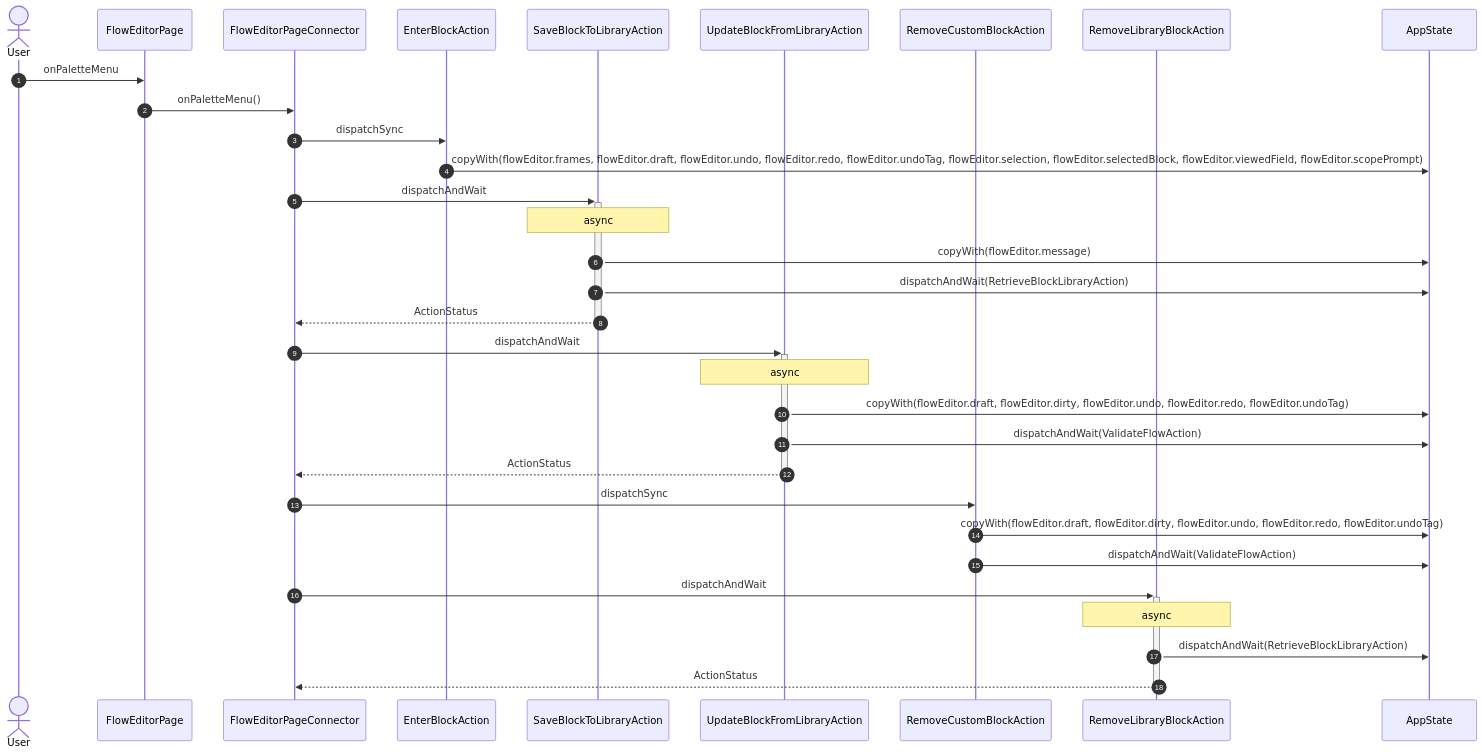
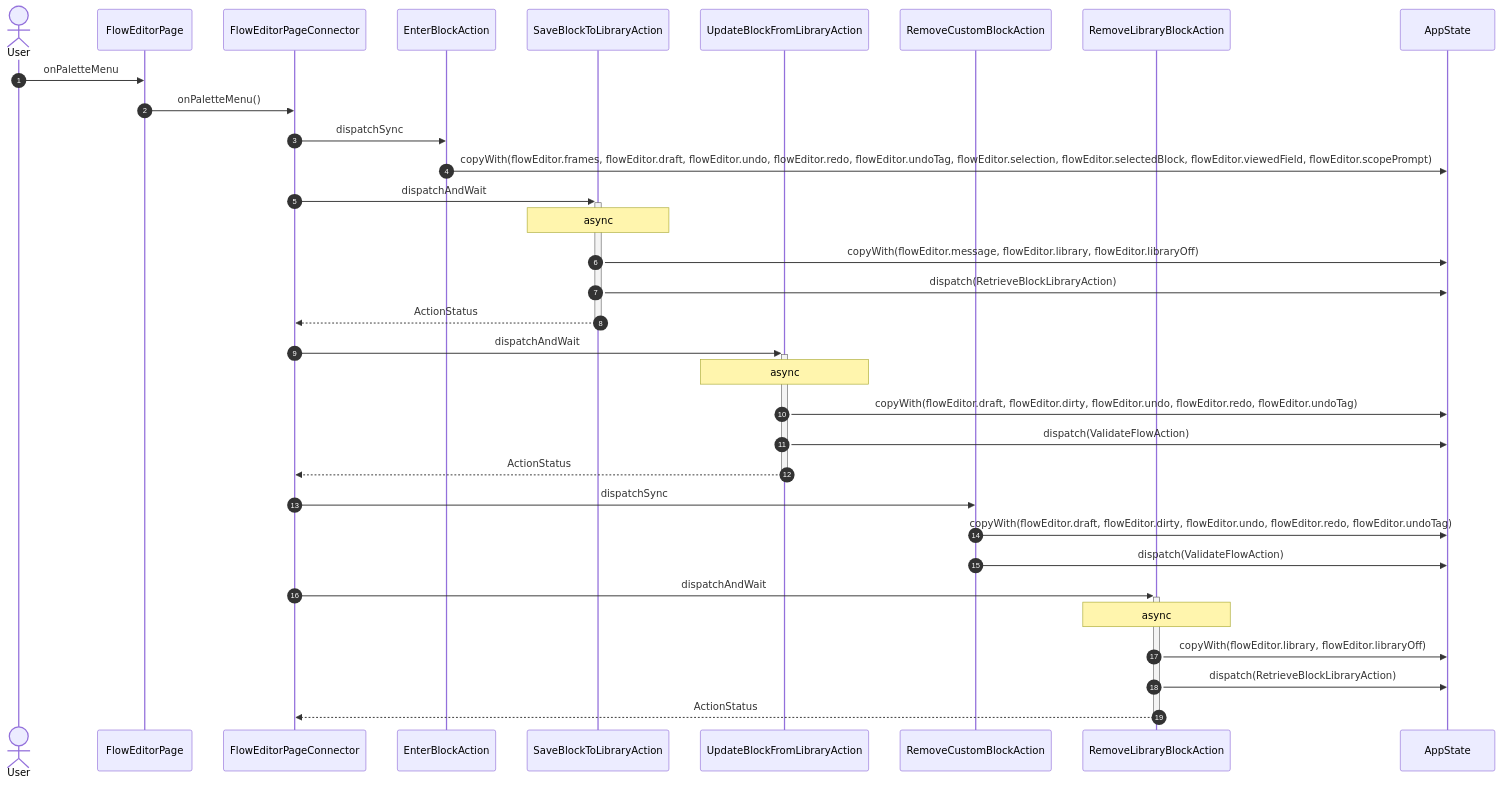
The fourth of 42 diagrams in studio/docs/flows/flowEditor.md (gencto/wyrm), drawn with Mermaid before and after one commit. The commit also changed other lines of this file and 61 other files, not shown here.

First line of the commit message:
studio: flow editor: typed editor state, field ids and actions without unawaited

````diff
--- a/studio/docs/flows/flowEditor.md
+++ b/studio/docs/flows/flowEditor.md
@@ -68,35 +68,36 @@
 ```mermaid
 sequenceDiagram
     autonumber
     actor User
     participant UI as FlowEditorPage
     participant VM as FlowEditorPageConnector
     participant A1 as EnterBlockAction
     participant A2 as SaveBlockToLibraryAction
     participant A3 as UpdateBlockFromLibraryAction
     participant A4 as RemoveCustomBlockAction
     participant A5 as RemoveLibraryBlockAction
     participant ST as AppState
 
     User->>UI: onPaletteMenu
     UI->>VM: onPaletteMenu()
     VM->>A1: dispatchSync
     A1->>ST: copyWith(flowEditor.frames, flowEditor.draft, flowEditor.undo, flowEditor.redo, flowEditor.undoTag, flowEditor.selection, flowEditor.selectedBlock, flowEditor.viewedField, flowEditor.scopePrompt)
     VM->>+A2: dispatchAndWait
     Note over A2: async
-    A2->>ST: copyWith(flowEditor.message)
-    A2->>ST: dispatchAndWait(RetrieveBlockLibraryAction)
+    A2->>ST: copyWith(flowEditor.message, flowEditor.library, flowEditor.libraryOff)
+    A2->>ST: dispatch(RetrieveBlockLibraryAction)
     A2-->>-VM: ActionStatus
     VM->>+A3: dispatchAndWait
     Note over A3: async
     A3->>ST: copyWith(flowEditor.draft, flowEditor.dirty, flowEditor.undo, flowEditor.redo, flowEditor.undoTag)
-    A3->>ST: dispatchAndWait(ValidateFlowAction)
+    A3->>ST: dispatch(ValidateFlowAction)
     A3-->>-VM: ActionStatus
     VM->>A4: dispatchSync
     A4->>ST: copyWith(flowEditor.draft, flowEditor.dirty, flowEditor.undo, flowEditor.redo, flowEditor.undoTag)
-    A4->>ST: dispatchAndWait(ValidateFlowAction)
+    A4->>ST: dispatch(ValidateFlowAction)
     VM->>+A5: dispatchAndWait
     Note over A5: async
-    A5->>ST: dispatchAndWait(RetrieveBlockLibraryAction)
+    A5->>ST: copyWith(flowEditor.library, flowEditor.libraryOff)
+    A5->>ST: dispatch(RetrieveBlockLibraryAction)
     A5-->>-VM: ActionStatus
 ```
````
